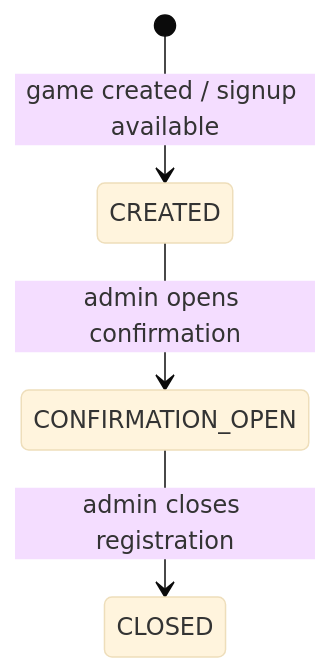
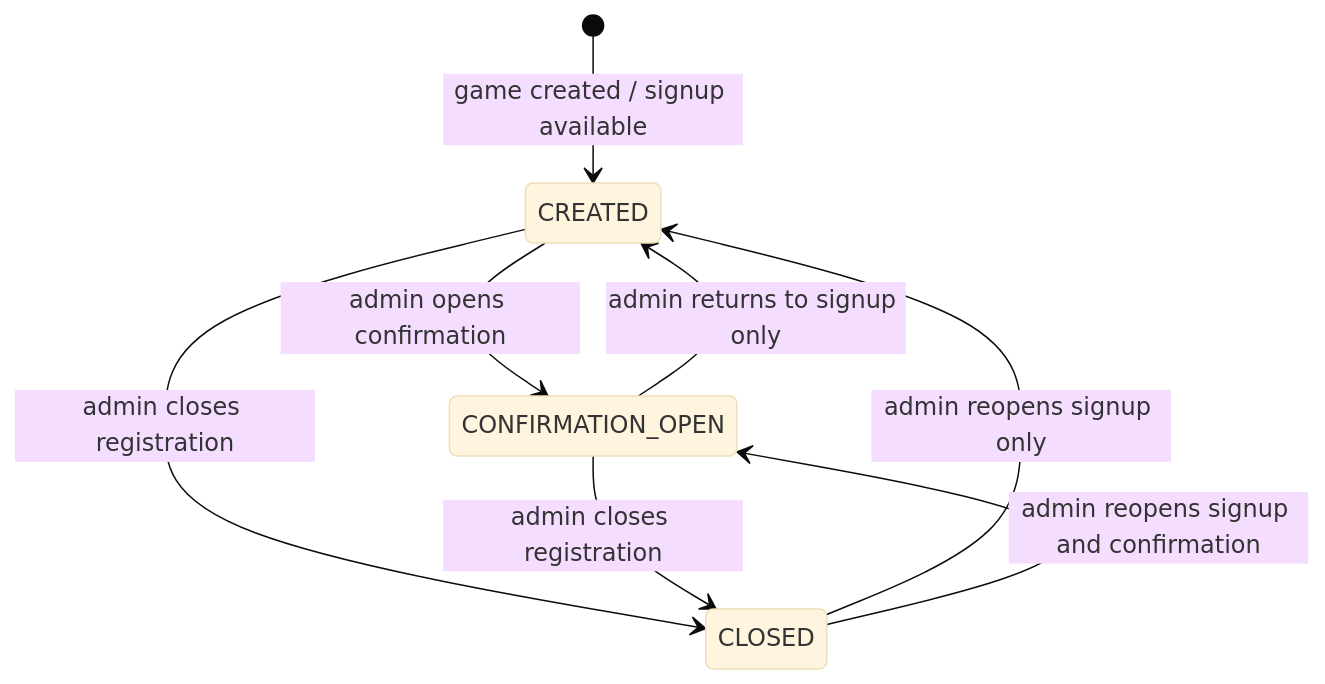
The second of 5 diagrams in README.md (ProfessorLayton322/rolebot-hse), drawn with Mermaid (base theme) before and after one commit. The commit also changed other lines of this file and 6 other files, not shown here.

````diff
--- a/README.md
+++ b/README.md
@@ -50,6 +50,10 @@
 ```mermaid
 stateDiagram-v2
     [*] --> CREATED: game created / signup available
     CREATED --> CONFIRMATION_OPEN: admin opens confirmation
+    CREATED --> CLOSED: admin closes registration
+    CONFIRMATION_OPEN --> CREATED: admin returns to signup only
     CONFIRMATION_OPEN --> CLOSED: admin closes registration
+    CLOSED --> CREATED: admin reopens signup only
+    CLOSED --> CONFIRMATION_OPEN: admin reopens signup and confirmation
 ```
````
